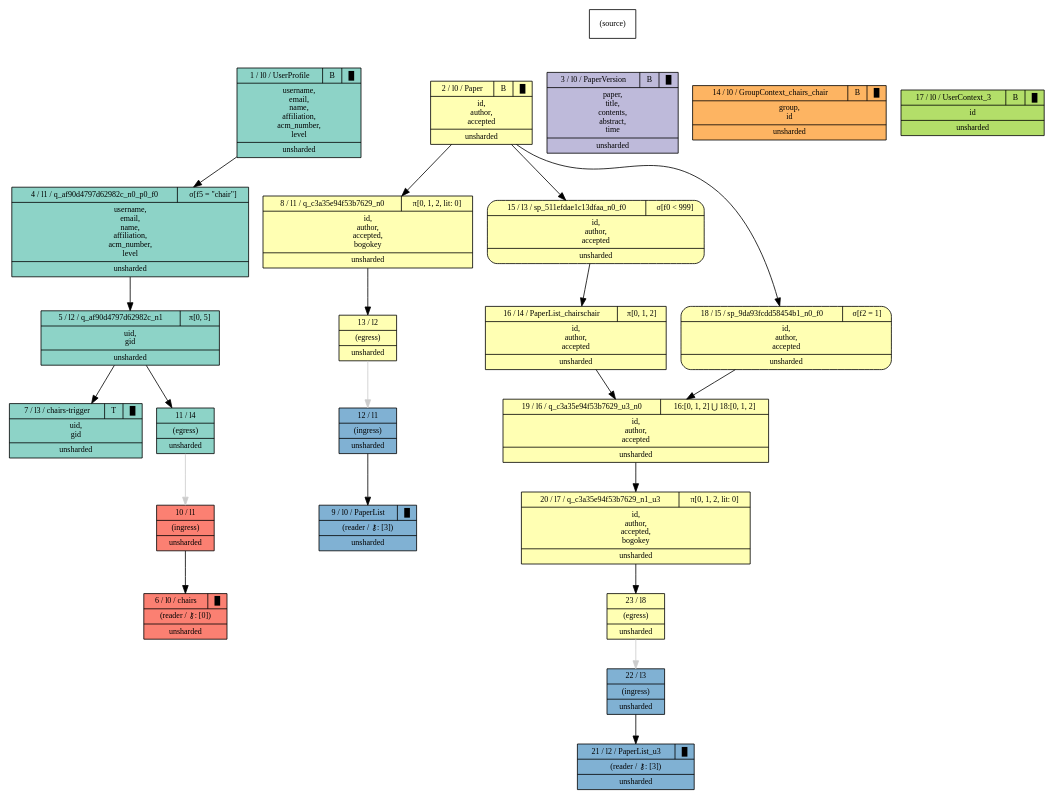
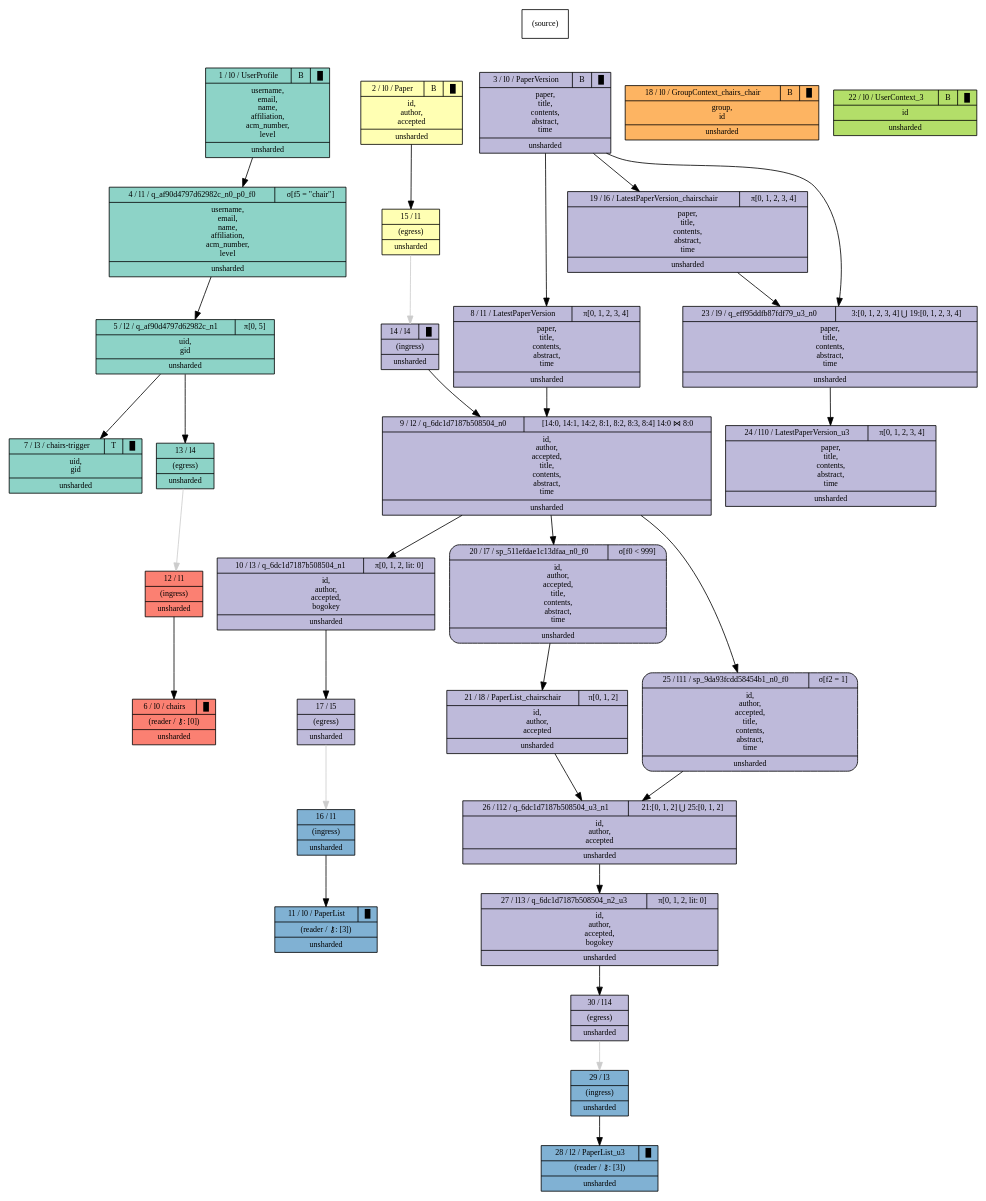
The diagram in noria-benchmarks/securecrp/graph.gv (mit-pdos/noria), drawn with Graphviz before and after one commit. The commit also changed 3 other files, not shown here.

Commit message:
Separated PaperList query into 2 queries (no longer nested)

```diff
--- a/noria-benchmarks/securecrp/graph.gv
+++ b/noria-benchmarks/securecrp/graph.gv
@@ -1,51 +1,67 @@
 digraph {{
     node [shape=record, fontsize=10]
     n0 [style="filled", fillcolor=white, label="(source)"]
     n1 [style="filled", fillcolor="/set312/1", label="{ { 1 / l0 / UserProfile | B | █ } | username, \nemail, \nname, \naffiliation, \nacm_number, \nlevel | unsharded }"]
     n2 [style="filled", fillcolor="/set312/2", label="{ { 2 / l0 / Paper | B | █ } | id, \nauthor, \naccepted | unsharded }"]
     n3 [style="filled", fillcolor="/set312/3", label="{ { 3 / l0 / PaperVersion | B | █ } | paper, \ntitle, \ncontents, \nabstract, \ntime | unsharded }"]
     n4 [style="filled", fillcolor="/set312/1", label="{{ 4 / l1 / q_af90d4797d62982c_n0_p0_f0 | σ[f5 = \"chair\"]  } | username, \nemail, \nname, \naffiliation, \nacm_number, \nlevel | unsharded }"]
     n5 [style="filled", fillcolor="/set312/1", label="{{ 5 / l2 / q_af90d4797d62982c_n1 | π[0, 5]  } | uid, \ngid | unsharded }"]
     n6 [style="filled", fillcolor="/set312/4", label="{ { 6 / l0 / chairs | █ } | (reader / ⚷: [0]) | unsharded }"]
     n7 [style="filled", fillcolor="/set312/1", label="{{ 7 / l3 / chairs-trigger | T | █ } | uid, \ngid | unsharded }"]
-    n8 [style="filled", fillcolor="/set312/2", label="{{ 8 / l1 / q_c3a35e94f53b7629_n0 | π[0, 1, 2, lit: 0]  } | id, \nauthor, \naccepted, \nbogokey | unsharded }"]
-    n9 [style="filled", fillcolor="/set312/5", label="{ { 9 / l0 / PaperList | █ } | (reader / ⚷: [3]) | unsharded }"]
-    n10 [style="filled", fillcolor="/set312/4", label="{ { 10 / l1  } | (ingress) | unsharded }"]
-    n11 [style="filled", fillcolor="/set312/1", label="{ 11 / l4 | (egress) | unsharded }"]
-    n12 [style="filled", fillcolor="/set312/5", label="{ { 12 / l1  } | (ingress) | unsharded }"]
-    n13 [style="filled", fillcolor="/set312/2", label="{ 13 / l2 | (egress) | unsharded }"]
-    n14 [style="filled", fillcolor="/set312/6", label="{ { 14 / l0 / GroupContext_chairs_chair | B | █ } | group, \nid | unsharded }"]
-    n15 [style="filled,rounded", fillcolor="/set312/2", label="{{ 15 / l3 / sp_511efdae1c13dfaa_n0_f0 | σ[f0 \< 999]  } | id, \nauthor, \naccepted | unsharded }"]
-    n16 [style="filled", fillcolor="/set312/2", label="{{ 16 / l4 / PaperList_chairschair | π[0, 1, 2]  } | id, \nauthor, \naccepted | unsharded }"]
-    n17 [style="filled", fillcolor="/set312/7", label="{ { 17 / l0 / UserContext_3 | B | █ } | id | unsharded }"]
-    n18 [style="filled,rounded", fillcolor="/set312/2", label="{{ 18 / l5 / sp_9da93fcdd58454b1_n0_f0 | σ[f2 = 1]  } | id, \nauthor, \naccepted | unsharded }"]
-    n19 [style="filled", fillcolor="/set312/2", label="{{ 19 / l6 / q_c3a35e94f53b7629_u3_n0 | 16:[0, 1, 2] ⋃ 18:[0, 1, 2]  } | id, \nauthor, \naccepted | unsharded }"]
-    n20 [style="filled", fillcolor="/set312/2", label="{{ 20 / l7 / q_c3a35e94f53b7629_n1_u3 | π[0, 1, 2, lit: 0]  } | id, \nauthor, \naccepted, \nbogokey | unsharded }"]
-    n21 [style="filled", fillcolor="/set312/5", label="{ { 21 / l2 / PaperList_u3 | █ } | (reader / ⚷: [3]) | unsharded }"]
-    n22 [style="filled", fillcolor="/set312/5", label="{ { 22 / l3  } | (ingress) | unsharded }"]
-    n23 [style="filled", fillcolor="/set312/2", label="{ 23 / l8 | (egress) | unsharded }"]
+    n8 [style="filled", fillcolor="/set312/3", label="{{ 8 / l1 / LatestPaperVersion | π[0, 1, 2, 3, 4]  } | paper, \ntitle, \ncontents, \nabstract, \ntime | unsharded }"]
+    n9 [style="filled", fillcolor="/set312/3", label="{{ 9 / l2 / q_6dc1d7187b508504_n0 | [14:0, 14:1, 14:2, 8:1, 8:2, 8:3, 8:4] 14:0 ⋈ 8:0  } | id, \nauthor, \naccepted, \ntitle, \ncontents, \nabstract, \ntime | unsharded }"]
+    n10 [style="filled", fillcolor="/set312/3", label="{{ 10 / l3 / q_6dc1d7187b508504_n1 | π[0, 1, 2, lit: 0]  } | id, \nauthor, \naccepted, \nbogokey | unsharded }"]
+    n11 [style="filled", fillcolor="/set312/5", label="{ { 11 / l0 / PaperList | █ } | (reader / ⚷: [3]) | unsharded }"]
+    n12 [style="filled", fillcolor="/set312/4", label="{ { 12 / l1  } | (ingress) | unsharded }"]
+    n13 [style="filled", fillcolor="/set312/1", label="{ 13 / l4 | (egress) | unsharded }"]
+    n14 [style="filled", fillcolor="/set312/3", label="{ { 14 / l4 | █ } | (ingress) | unsharded }"]
+    n15 [style="filled", fillcolor="/set312/2", label="{ 15 / l1 | (egress) | unsharded }"]
+    n16 [style="filled", fillcolor="/set312/5", label="{ { 16 / l1  } | (ingress) | unsharded }"]
+    n17 [style="filled", fillcolor="/set312/3", label="{ 17 / l5 | (egress) | unsharded }"]
+    n18 [style="filled", fillcolor="/set312/6", label="{ { 18 / l0 / GroupContext_chairs_chair | B | █ } | group, \nid | unsharded }"]
+    n19 [style="filled", fillcolor="/set312/3", label="{{ 19 / l6 / LatestPaperVersion_chairschair | π[0, 1, 2, 3, 4]  } | paper, \ntitle, \ncontents, \nabstract, \ntime | unsharded }"]
+    n20 [style="filled,rounded", fillcolor="/set312/3", label="{{ 20 / l7 / sp_511efdae1c13dfaa_n0_f0 | σ[f0 \< 999]  } | id, \nauthor, \naccepted, \ntitle, \ncontents, \nabstract, \ntime | unsharded }"]
+    n21 [style="filled", fillcolor="/set312/3", label="{{ 21 / l8 / PaperList_chairschair | π[0, 1, 2]  } | id, \nauthor, \naccepted | unsharded }"]
+    n22 [style="filled", fillcolor="/set312/7", label="{ { 22 / l0 / UserContext_3 | B | █ } | id | unsharded }"]
+    n23 [style="filled", fillcolor="/set312/3", label="{{ 23 / l9 / q_eff95ddfb87fdf79_u3_n0 | 3:[0, 1, 2, 3, 4] ⋃ 19:[0, 1, 2, 3, 4]  } | paper, \ntitle, \ncontents, \nabstract, \ntime | unsharded }"]
+    n24 [style="filled", fillcolor="/set312/3", label="{{ 24 / l10 / LatestPaperVersion_u3 | π[0, 1, 2, 3, 4]  } | paper, \ntitle, \ncontents, \nabstract, \ntime | unsharded }"]
+    n25 [style="filled,rounded", fillcolor="/set312/3", label="{{ 25 / l11 / sp_9da93fcdd58454b1_n0_f0 | σ[f2 = 1]  } | id, \nauthor, \naccepted, \ntitle, \ncontents, \nabstract, \ntime | unsharded }"]
+    n26 [style="filled", fillcolor="/set312/3", label="{{ 26 / l12 / q_6dc1d7187b508504_u3_n1 | 21:[0, 1, 2] ⋃ 25:[0, 1, 2]  } | id, \nauthor, \naccepted | unsharded }"]
+    n27 [style="filled", fillcolor="/set312/3", label="{{ 27 / l13 / q_6dc1d7187b508504_n2_u3 | π[0, 1, 2, lit: 0]  } | id, \nauthor, \naccepted, \nbogokey | unsharded }"]
+    n28 [style="filled", fillcolor="/set312/5", label="{ { 28 / l2 / PaperList_u3 | █ } | (reader / ⚷: [3]) | unsharded }"]
+    n29 [style="filled", fillcolor="/set312/5", label="{ { 29 / l3  } | (ingress) | unsharded }"]
+    n30 [style="filled", fillcolor="/set312/3", label="{ 30 / l14 | (egress) | unsharded }"]
     n0 -> n1 [ style=invis ]
     n0 -> n2 [ style=invis ]
     n0 -> n3 [ style=invis ]
     n1 -> n4 [  ]
     n4 -> n5 [  ]
-    n5 -> n11 [  ]
+    n5 -> n13 [  ]
     n5 -> n7 [  ]
-    n2 -> n8 [  ]
-    n8 -> n13 [  ]
-    n10 -> n6 [  ]
-    n11 -> n10 [ color="#CCCCCC" ]
-    n12 -> n9 [  ]
+    n3 -> n8 [  ]
+    n2 -> n15 [  ]
+    n8 -> n9 [  ]
+    n9 -> n10 [  ]
+    n10 -> n17 [  ]
+    n12 -> n6 [  ]
     n13 -> n12 [ color="#CCCCCC" ]
-    n0 -> n14 [ style=invis ]
-    n2 -> n15 [  ]
-    n15 -> n16 [  ]
-    n0 -> n17 [ style=invis ]
-    n2 -> n18 [  ]
-    n18 -> n19 [  ]
-    n16 -> n19 [  ]
-    n19 -> n20 [  ]
-    n20 -> n23 [  ]
-    n22 -> n21 [  ]
-    n23 -> n22 [ color="#CCCCCC" ]
+    n14 -> n9 [  ]
+    n15 -> n14 [ color="#CCCCCC" ]
+    n16 -> n11 [  ]
+    n17 -> n16 [ color="#CCCCCC" ]
+    n0 -> n18 [ style=invis ]
+    n3 -> n19 [  ]
+    n9 -> n20 [  ]
+    n20 -> n21 [  ]
+    n0 -> n22 [ style=invis ]
+    n3 -> n23 [  ]
+    n19 -> n23 [  ]
+    n23 -> n24 [  ]
+    n9 -> n25 [  ]
+    n21 -> n26 [  ]
+    n25 -> n26 [  ]
+    n26 -> n27 [  ]
+    n27 -> n30 [  ]
+    n29 -> n28 [  ]
+    n30 -> n29 [ color="#CCCCCC" ]
 }}
```
